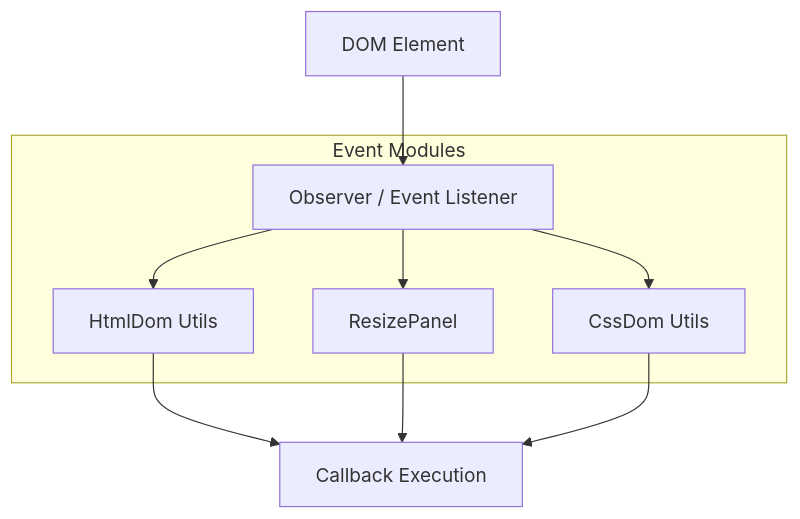
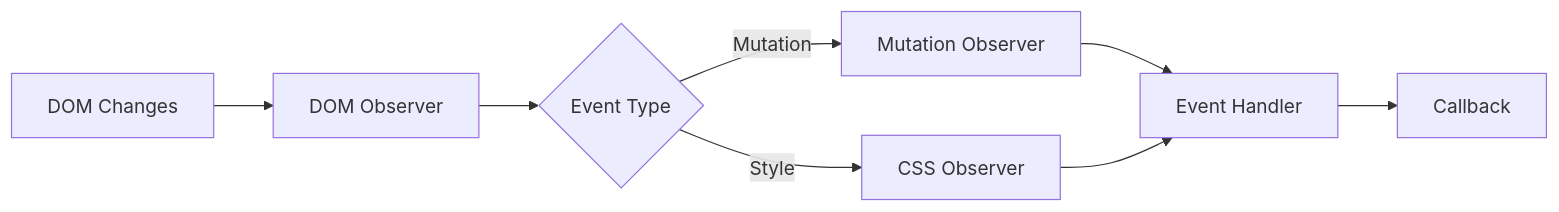
The diagram in packages/idae-dom-events/README.md (medyll/idae), drawn with Mermaid before and after one commit. The commit also changed other lines of this file and 17 other files, not shown here.

````diff
--- a/packages/idae-dom-events/README.md
+++ b/packages/idae-dom-events/README.md
@@ -162,14 +7,10 @@
 ```mermaid
-flowchart TD
-  Dom[DOM Element] --> Obs[Observer / Event Listener]
-  
-  subgraph EventSystems [Event Modules]
-    Obs --> Resize[ResizePanel]
-    Obs --> HtmlDom[HtmlDom Utils]
-    Obs --> CssDom[CssDom Utils]
-  end
-
-  HtmlDom --> CB[Callback Execution]
-  Resize --> CB
-  CssDom --> CB
+graph LR
+    A[DOM Changes] --> B[DOM Observer]
+    B --> C{Event Type}
+    C -->|Mutation| D[Mutation Observer]
+    C -->|Style| E[CSS Observer]
+    D --> F[Event Handler]
+    E --> F
+    F --> G[Callback]
 ```
````
